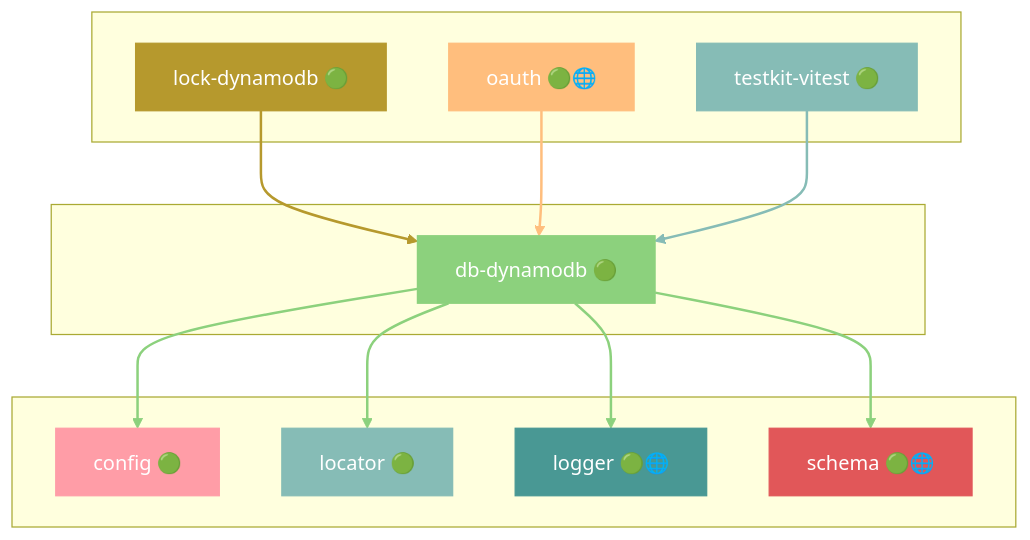
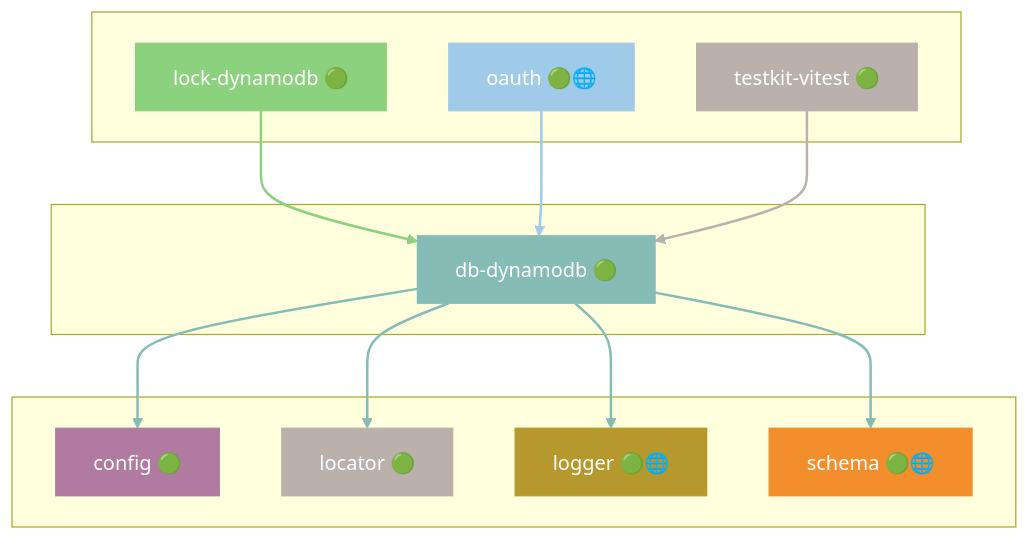
Before and after one commit to grest-ts/grest-ts: diagram 12 of 50 in docs/DEPENDENCIES.md, drawn with Mermaid. The commit also changed other lines of this file and 57 other files, not shown here.

````diff
--- a/docs/DEPENDENCIES.md
+++ b/docs/DEPENDENCIES.md
@@ -905,39 +875,39 @@
 ```mermaid
 flowchart TB
     subgraph Dependents[" "]
         lock-dynamodb["lock-dynamodb 🟢"]
         oauth["oauth 🟢🌐"]
         testkit-vitest["testkit-vitest 🟢"]
     end
     subgraph Package[" "]
         db-dynamodb["db-dynamodb 🟢"]
     end
     subgraph Dependencies[" "]
         config["config 🟢"]
         locator["locator 🟢"]
         logger["logger 🟢🌐"]
         schema["schema 🟢🌐"]
     end
     lock-dynamodb --> db-dynamodb
     oauth --> db-dynamodb
     testkit-vitest --> db-dynamodb
     db-dynamodb --> config
     db-dynamodb --> locator
     db-dynamodb --> logger
     db-dynamodb --> schema
-    style db-dynamodb fill:#8CD17D,stroke:#8CD17D,color:#fff
-    style lock-dynamodb fill:#B6992D,stroke:#B6992D,color:#fff
-    style oauth fill:#FFBE7D,stroke:#FFBE7D,color:#fff
-    style testkit-vitest fill:#86BCB6,stroke:#86BCB6,color:#fff
-    style config fill:#FF9DA7,stroke:#FF9DA7,color:#fff
-    style locator fill:#86BCB6,stroke:#86BCB6,color:#fff
-    style logger fill:#499894,stroke:#499894,color:#fff
-    style schema fill:#E15759,stroke:#E15759,color:#fff
-    linkStyle 0 stroke:#B6992D,stroke-width:2px
-    linkStyle 1 stroke:#FFBE7D,stroke-width:2px
-    linkStyle 2 stroke:#86BCB6,stroke-width:2px
-    linkStyle 3 stroke:#8CD17D,stroke-width:2px
-    linkStyle 4 stroke:#8CD17D,stroke-width:2px
-    linkStyle 5 stroke:#8CD17D,stroke-width:2px
-    linkStyle 6 stroke:#8CD17D,stroke-width:2px
+    style db-dynamodb fill:#86BCB6,stroke:#86BCB6,color:#fff
+    style lock-dynamodb fill:#8CD17D,stroke:#8CD17D,color:#fff
+    style oauth fill:#A0CBE8,stroke:#A0CBE8,color:#fff
+    style testkit-vitest fill:#BAB0AC,stroke:#BAB0AC,color:#fff
+    style config fill:#B07AA1,stroke:#B07AA1,color:#fff
+    style locator fill:#BAB0AC,stroke:#BAB0AC,color:#fff
+    style logger fill:#B6992D,stroke:#B6992D,color:#fff
+    style schema fill:#F28E2B,stroke:#F28E2B,color:#fff
+    linkStyle 0 stroke:#8CD17D,stroke-width:2px
+    linkStyle 1 stroke:#A0CBE8,stroke-width:2px
+    linkStyle 2 stroke:#BAB0AC,stroke-width:2px
+    linkStyle 3 stroke:#86BCB6,stroke-width:2px
+    linkStyle 4 stroke:#86BCB6,stroke-width:2px
+    linkStyle 5 stroke:#86BCB6,stroke-width:2px
+    linkStyle 6 stroke:#86BCB6,stroke-width:2px
 ```
````
